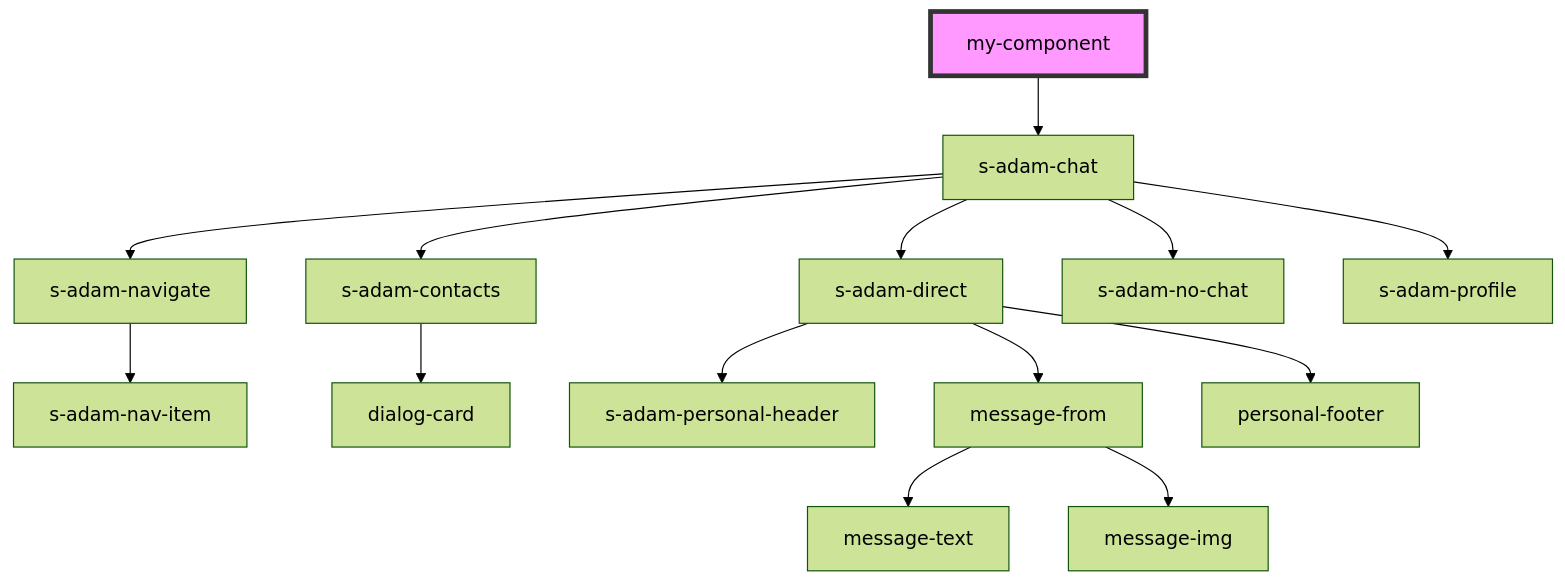
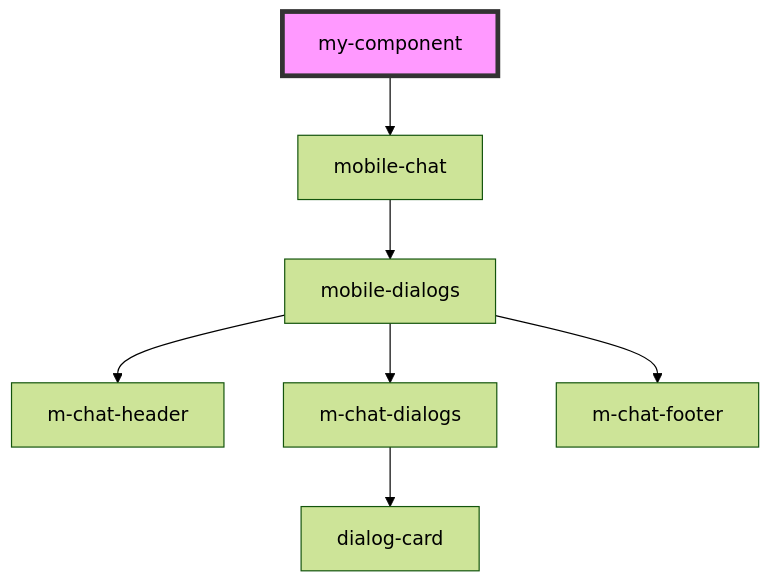
The diagram in src/components/my-component/readme.md (saqhan/stencil-chat), drawn with Mermaid (forest theme) before and after one commit. The commit also changed other lines of this file and 16 other files, not shown here.

````diff
--- a/src/components/my-component/readme.md
+++ b/src/components/my-component/readme.md
@@ -13,17 +13,10 @@
 ```mermaid
 graph TD;
-  my-component --> s-adam-chat
-  s-adam-chat --> s-adam-navigate
-  s-adam-chat --> s-adam-contacts
-  s-adam-chat --> s-adam-direct
-  s-adam-chat --> s-adam-no-chat
-  s-adam-chat --> s-adam-profile
-  s-adam-navigate --> s-adam-nav-item
-  s-adam-contacts --> dialog-card
-  s-adam-direct --> s-adam-personal-header
-  s-adam-direct --> message-from
-  s-adam-direct --> personal-footer
-  message-from --> message-text
-  message-from --> message-img
+  my-component --> mobile-chat
+  mobile-chat --> mobile-dialogs
+  mobile-dialogs --> m-chat-header
+  mobile-dialogs --> m-chat-dialogs
+  mobile-dialogs --> m-chat-footer
+  m-chat-dialogs --> dialog-card
   style my-component fill:#f9f,stroke:#333,stroke-width:4px
 ```
````
